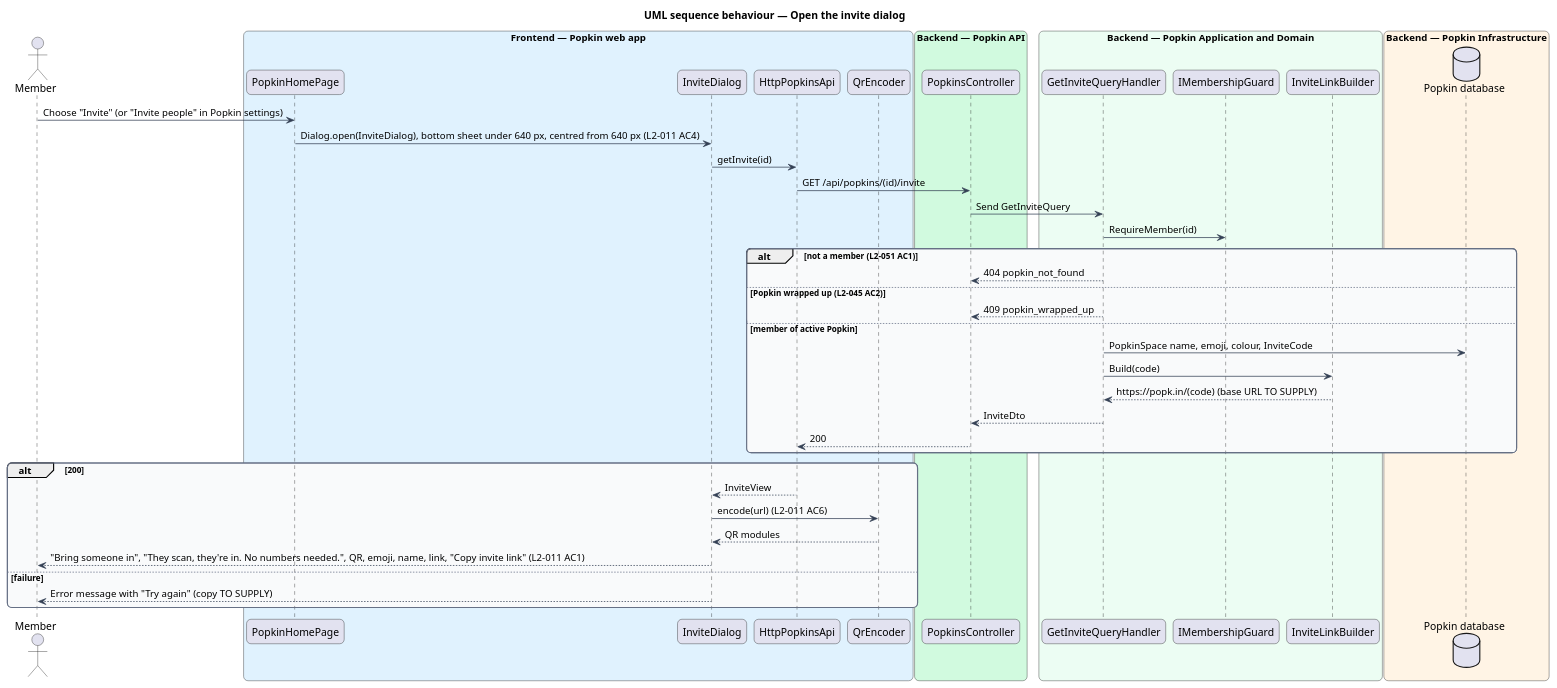
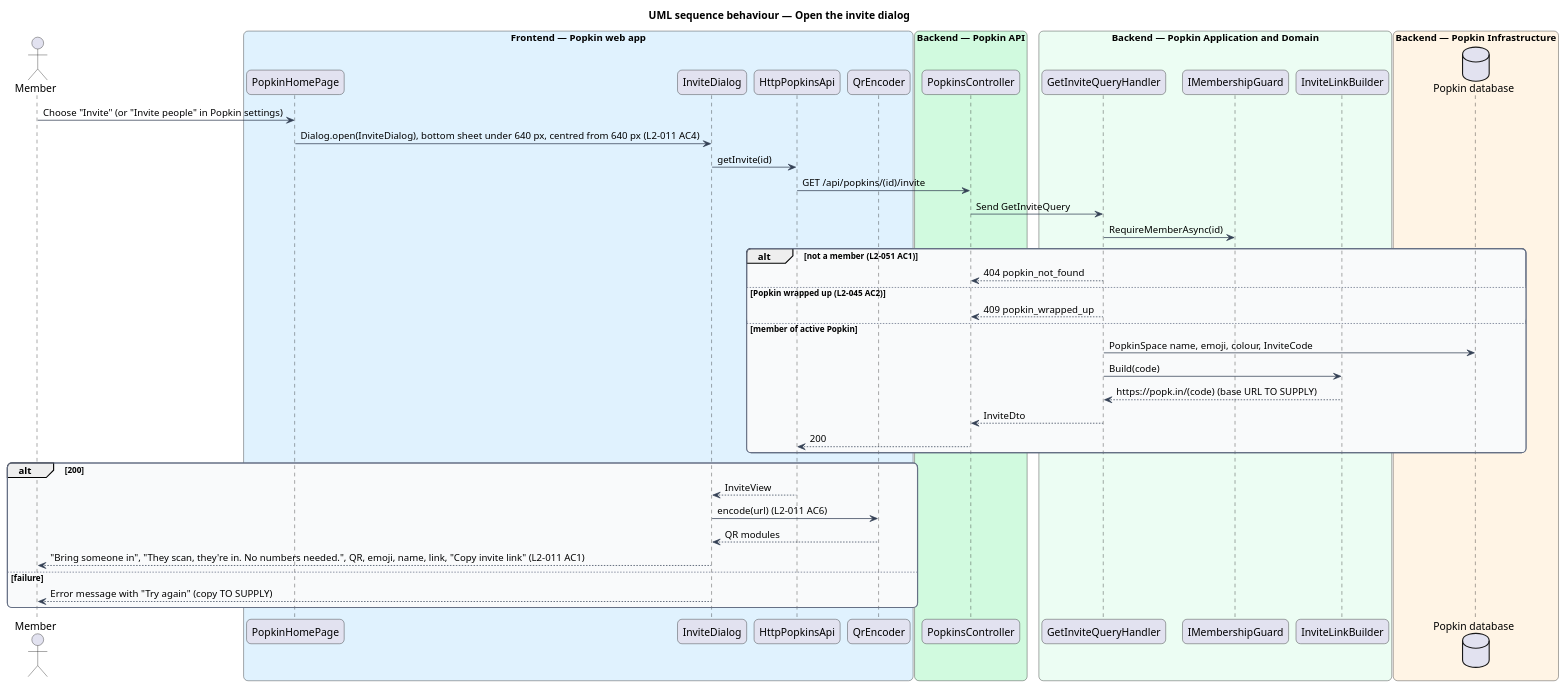
The diagram in docs/detailed-designs/invitations/invite-people/diagrams/sequence-open-invite.puml (QuinntyneBrown/popkin), drawn with PlantUML before and after one commit. The commit also changed 46 other files, not shown here.

```diff
--- a/docs/detailed-designs/invitations/invite-people/diagrams/sequence-open-invite.puml
+++ b/docs/detailed-designs/invitations/invite-people/diagrams/sequence-open-invite.puml
@@ -1,60 +1,60 @@
 @startuml
 title UML sequence behaviour — Open the invite dialog
 skinparam backgroundColor #FFFFFF
 skinparam shadowing false
 skinparam roundcorner 12
 skinparam defaultFontName Arial
 skinparam ArrowColor #344054
 skinparam rectangle {
   BorderColor #344054
   FontColor #101828
 }
 skinparam package {
   BorderColor #667085
   FontColor #101828
   BackgroundColor #F9FAFB
 }
 actor "Member" as actor
 box "Frontend — Popkin web app" #E0F2FE
   participant "PopkinHomePage" as page
   participant "InviteDialog" as dlg
   participant "HttpPopkinsApi" as client
   participant "QrEncoder" as enc
 end box
 box "Backend — Popkin API" #D1FADF
   participant "PopkinsController" as ctrl
 end box
 box "Backend — Popkin Application and Domain" #ECFDF3
   participant "GetInviteQueryHandler" as handler
   participant "IMembershipGuard" as guard
   participant "InviteLinkBuilder" as link
 end box
 box "Backend — Popkin Infrastructure" #FFF4E5
   database "Popkin database" as db
 end box
 actor -> page : Choose "Invite" (or "Invite people" in Popkin settings)
 page -> dlg : Dialog.open(InviteDialog), bottom sheet under 640 px, centred from 640 px (L2-011 AC4)
 dlg -> client : getInvite(id)
 client -> ctrl : GET /api/popkins/(id)/invite
 ctrl -> handler : Send GetInviteQuery
-handler -> guard : RequireMember(id)
+handler -> guard : RequireMemberAsync(id)
 alt not a member (L2-051 AC1)
   handler --> ctrl : 404 popkin_not_found
 else Popkin wrapped up (L2-045 AC2)
   handler --> ctrl : 409 popkin_wrapped_up
 else member of active Popkin
   handler -> db : PopkinSpace name, emoji, colour, InviteCode
   handler -> link : Build(code)
   link --> handler : https://popk.in/(code) (base URL TO SUPPLY)
   handler --> ctrl : InviteDto
   ctrl --> client : 200
 end
 alt 200
   client --> dlg : InviteView
   dlg -> enc : encode(url) (L2-011 AC6)
   enc --> dlg : QR modules
   dlg --> actor : "Bring someone in", "They scan, they're in. No numbers needed.", QR, emoji, name, link, "Copy invite link" (L2-011 AC1)
 else failure
   dlg --> actor : Error message with "Try again" (copy TO SUPPLY)
 end
 @enduml
```
